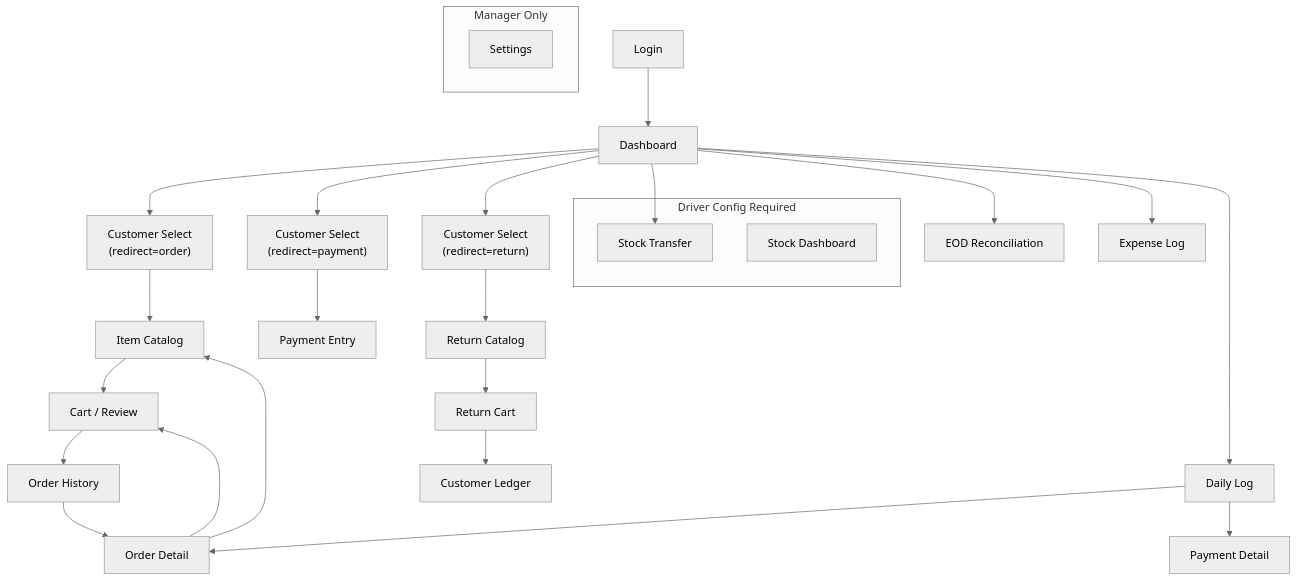
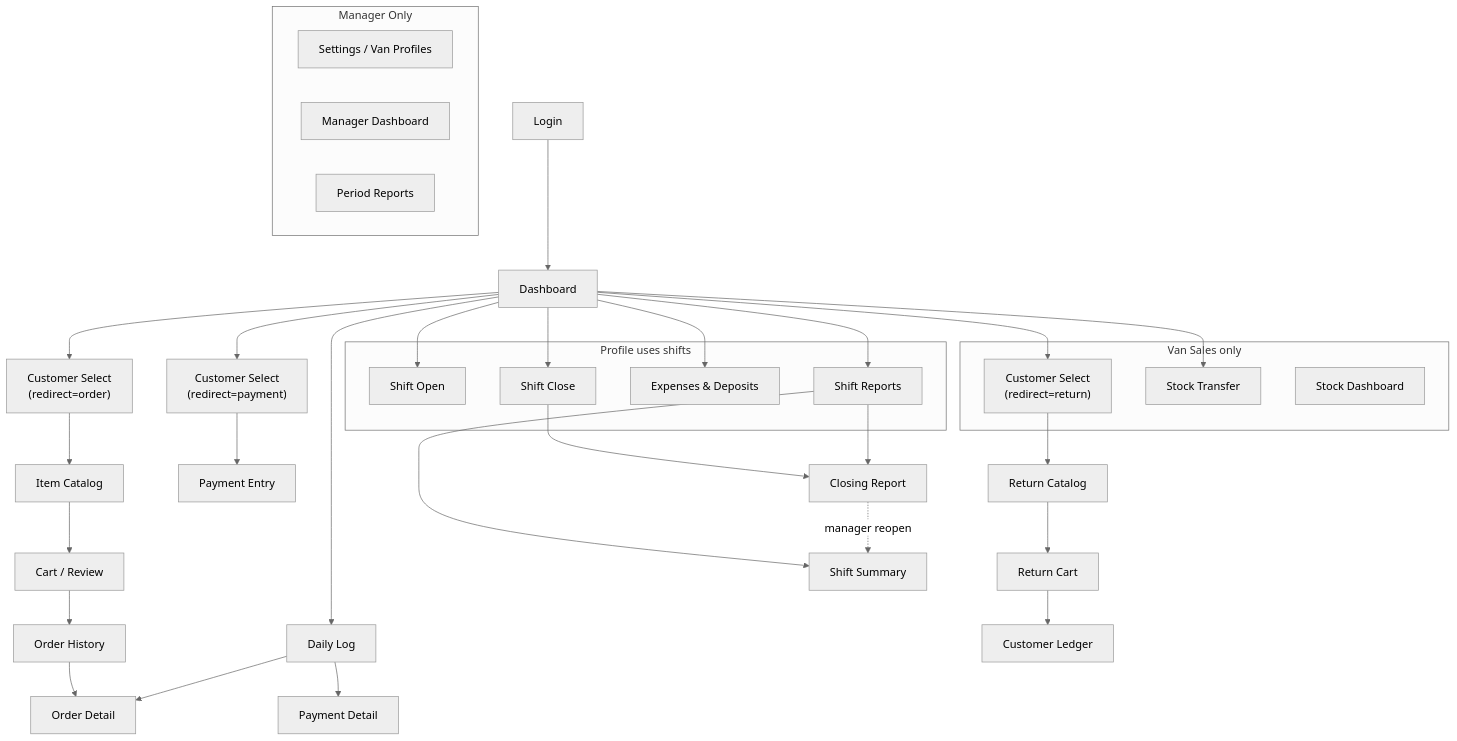
One commit to siijjas/van_sale changed the diagram in PRD.md. Above: the diagram before and after it, drawn with Mermaid (neutral theme). The commit also changed other lines of this file and 131 other files, not shown here.

First line of the commit message:
Add field-sales profiles, cash movements and POS-style shift closing

````diff
--- a/PRD.md
+++ b/PRD.md
@@ -291,37 +321,51 @@
 ```mermaid
 graph TD
     Login["Login"] --> Dashboard["Dashboard"]
 
     Dashboard --> CS_Order["Customer Select<br/>(redirect=order)"]
     Dashboard --> CS_Payment["Customer Select<br/>(redirect=payment)"]
     Dashboard --> CS_Return["Customer Select<br/>(redirect=return)"]
     Dashboard --> StockTransfer["Stock Transfer"]
-    Dashboard --> EOD["EOD Reconciliation"]
-    Dashboard --> Expenses["Expense Log"]
+    Dashboard --> ShiftOpen["Shift Open"]
+    Dashboard --> ShiftClose["Shift Close"]
+    Dashboard --> CashMovements["Expenses & Deposits"]
+    Dashboard --> ShiftReports["Shift Reports"]
     Dashboard --> DailyLog["Daily Log"]
 
     CS_Order --> Catalog["Item Catalog"]
     Catalog --> Cart["Cart / Review"]
     Cart --> History["Order History"]
 
     CS_Payment --> Payment["Payment Entry"]
     CS_Return --> ReturnCatalog["Return Catalog"]
     ReturnCatalog --> ReturnCart["Return Cart"]
     ReturnCart --> Ledger["Customer Ledger"]
 
     History --> OrderDetail["Order Detail"]
     DailyLog --> OrderDetail
     DailyLog --> PaymentDetail["Payment Detail"]
 
-    OrderDetail --> Cart
-    OrderDetail --> Catalog
+    ShiftClose --> ClosingReport["Closing Report"]
+    ShiftReports --> ShiftSummary["Shift Summary"]
+    ShiftReports --> ClosingReport
+    ClosingReport -. manager reopen .-> ShiftSummary
 
     subgraph Manager Only
-        Settings["Settings"]
+        Settings["Settings / Van Profiles"]
+        ManagerDashboard["Manager Dashboard"]
+        Reports["Period Reports"]
     end
 
-    subgraph Driver Config Required
+    subgraph Van Sales only
         StockDashboard["Stock Dashboard"]
         StockTransfer
+        CS_Return
+    end
+
+    subgraph Profile uses shifts
+        ShiftOpen
+        ShiftClose
+        CashMovements
+        ShiftReports
     end
 ```
````
